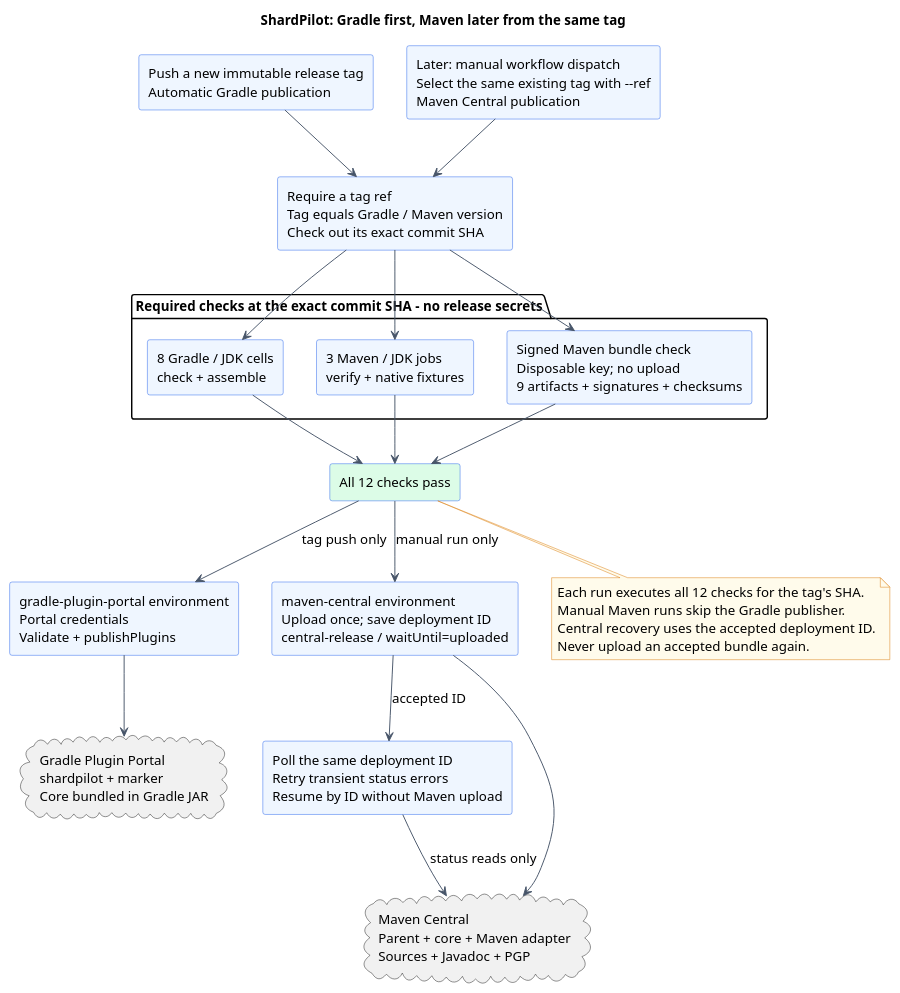
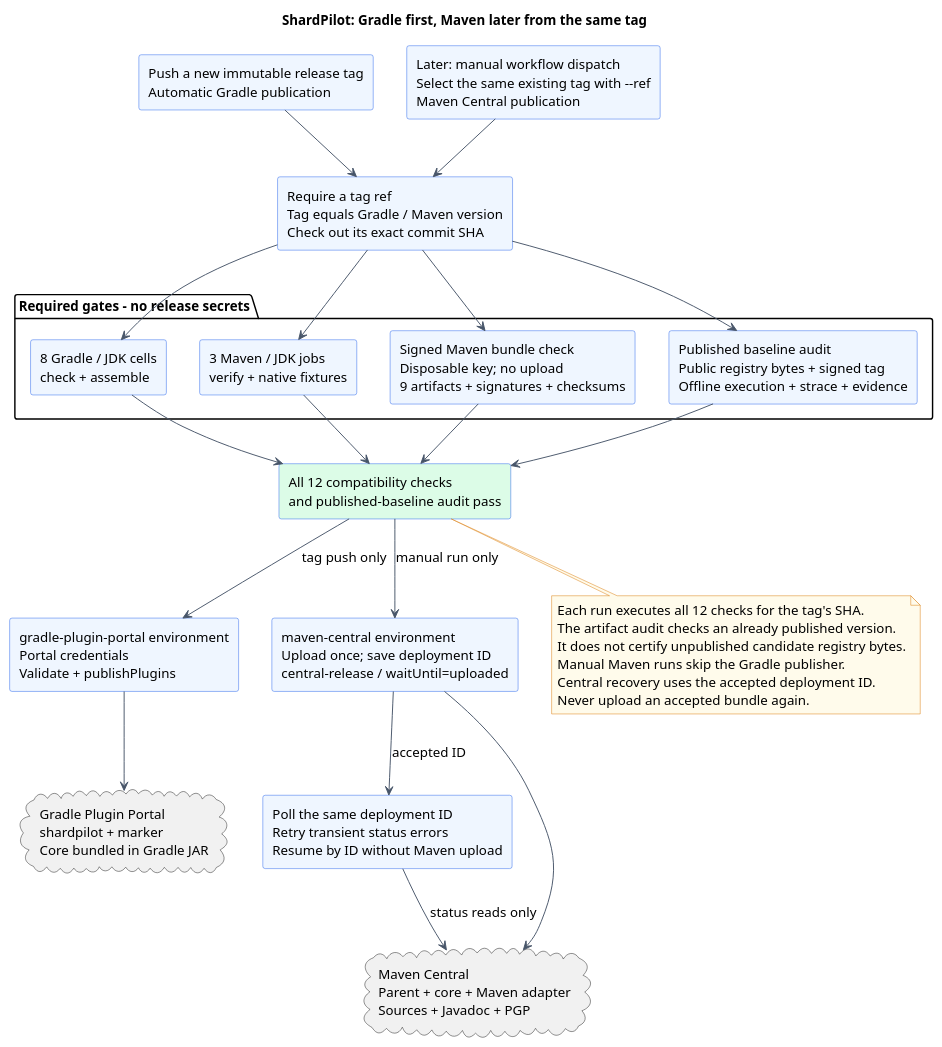
Before and after one commit to sjacek/shardpilot: the diagram in docs/diagrams/publication.puml, drawn with PlantUML. The commit also changed 14 other files, not shown here.

First line of the commit message:
ci: gate releases on isolated audits of published artifacts

```diff
--- a/docs/diagrams/publication.puml
+++ b/docs/diagrams/publication.puml
@@ -1,51 +1,56 @@
 @startuml
 title ShardPilot: Gradle first, Maven later from the same tag
 top to bottom direction
 skinparam backgroundColor #FFFFFF
 skinparam shadowing false
 skinparam defaultFontName SansSerif
 skinparam defaultFontSize 14
 skinparam componentStyle rectangle
 skinparam componentBackgroundColor #EFF6FF
 skinparam componentBorderColor #2563EB
 skinparam ArrowColor #475569
 skinparam noteBackgroundColor #FFFBEB
 skinparam noteBorderColor #D97706
 
 component "Push a new immutable release tag\nAutomatic Gradle publication" as tag
 component "Later: manual workflow dispatch\nSelect the same existing tag with --ref\nMaven Central publication" as manual
 component "Require a tag ref\nTag equals Gradle / Maven version\nCheck out its exact commit SHA" as validate
-package "Required checks at the exact commit SHA - no release secrets" {
+package "Required gates - no release secrets" {
   component "8 Gradle / JDK cells\ncheck + assemble" as gradleChecks
   component "3 Maven / JDK jobs\nverify + native fixtures" as mavenChecks
   component "Signed Maven bundle check\nDisposable key; no upload\n9 artifacts + signatures + checksums" as bundle
+  component "Published baseline audit\nPublic registry bytes + signed tag\nOffline execution + strace + evidence" as audit
 }
-component "All 12 checks pass" as gate #DCFCE7
+component "All 12 compatibility checks\nand published-baseline audit pass" as gate #DCFCE7
 component "gradle-plugin-portal environment\nPortal credentials\nValidate + publishPlugins" as gradlePublish
 component "maven-central environment\nUpload once; save deployment ID\ncentral-release / waitUntil=uploaded" as mavenPublish
 component "Poll the same deployment ID\nRetry transient status errors\nResume by ID without Maven upload" as status
 cloud "Gradle Plugin Portal\nshardpilot + marker\nCore bundled in Gradle JAR" as portal
 cloud "Maven Central\nParent + core + Maven adapter\nSources + Javadoc + PGP" as central
 
 tag --> validate
 manual --> validate
 validate --> gradleChecks
 validate --> mavenChecks
 validate --> bundle
+validate --> audit
 gradleChecks --> gate
 mavenChecks --> gate
 bundle --> gate
+audit --> gate
 gate --> gradlePublish : tag push only
 gate --> mavenPublish : manual run only
 gradlePublish --> portal
 mavenPublish --> central
 mavenPublish --> status : accepted ID
 status --> central : status reads only
 
 note bottom of gate
   Each run executes all 12 checks for the tag's SHA.
+  The artifact audit checks an already published version.
+  It does not certify unpublished candidate registry bytes.
   Manual Maven runs skip the Gradle publisher.
   Central recovery uses the accepted deployment ID.
   Never upload an accepted bundle again.
 end note
 @enduml
```
